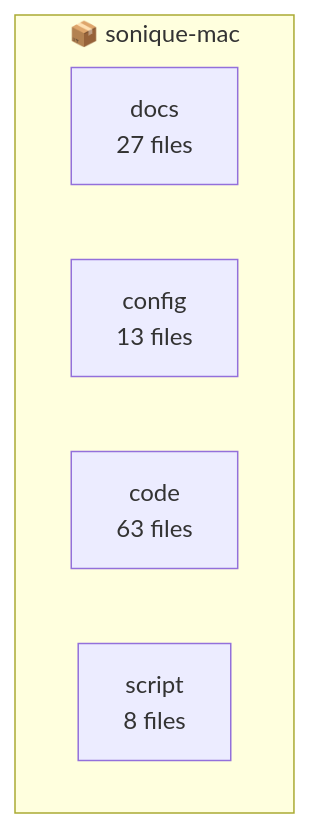
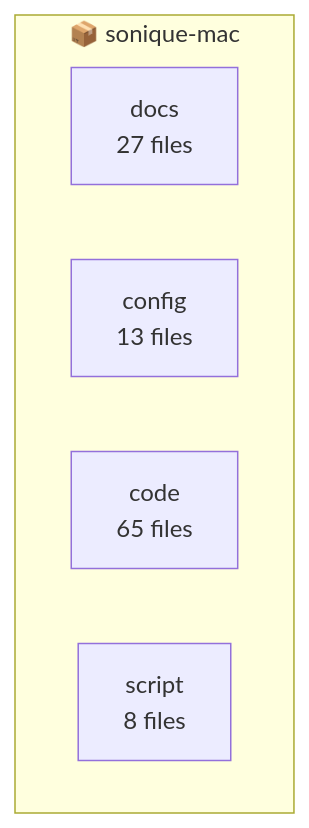
The first of 2 diagrams in .architecture/ARCHITECTURE.md (charlieseay/sonique-mac), drawn with Mermaid before and after one commit. The commit also changed other lines of this file and 11 other files, not shown here.

````diff
--- a/.architecture/ARCHITECTURE.md
+++ b/.architecture/ARCHITECTURE.md
@@ -12,9 +12,9 @@
 ```mermaid
 graph TB
     subgraph "📦 sonique-mac"
         docs[docs<br/>27 files]
         config[config<br/>13 files]
-        code[code<br/>63 files]
+        code[code<br/>65 files]
         script[script<br/>8 files]
     end
 ```
````
